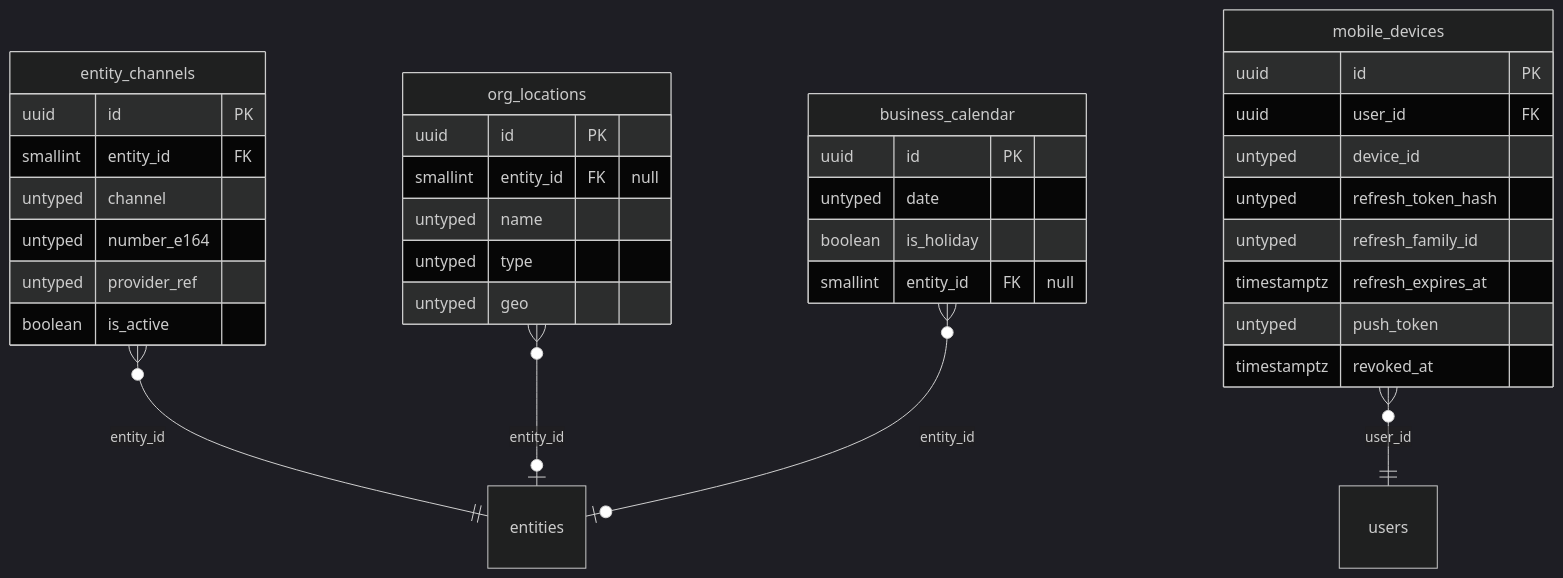
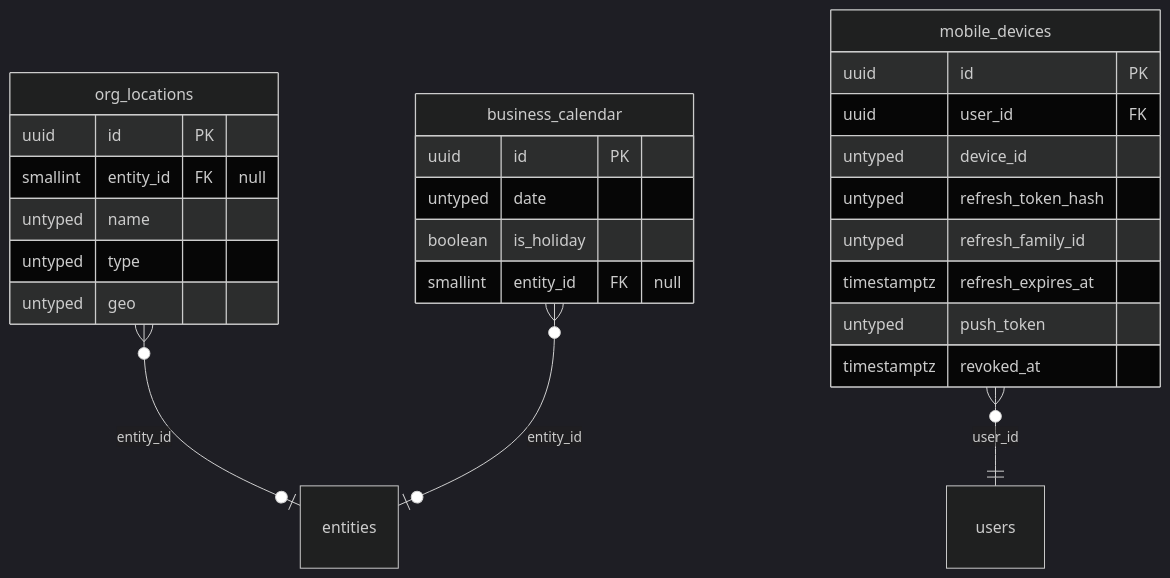
The ninth of 16 diagrams in docs/data/erd.md (techaust/shakti_prime), drawn with Mermaid (dark theme) before and after one commit. The commit also changed other lines of this file and 3 other files, not shown here.

First line of the commit message:
docs(e1): entity_channels in DATABASE, data dictionary and state machine defaults

````diff
--- a/docs/data/erd.md
+++ b/docs/data/erd.md
@@ -1232,38 +1245,29 @@
 ```mermaid
 erDiagram
-  entity_channels {
-    uuid id PK
-    smallint entity_id FK
-    untyped channel
-    untyped number_e164
-    untyped provider_ref
-    boolean is_active
-  }
   org_locations {
     uuid id PK
     smallint entity_id FK "null"
     untyped name
     untyped type
     untyped geo
   }
   mobile_devices {
     uuid id PK
     uuid user_id FK
     untyped device_id
     untyped refresh_token_hash
     untyped refresh_family_id
     timestamptz refresh_expires_at
     untyped push_token
     timestamptz revoked_at
   }
   business_calendar {
     uuid id PK
     untyped date
     boolean is_holiday
     smallint entity_id FK "null"
   }
-  entity_channels }o--|| entities : "entity_id"
   org_locations }o--o| entities : "entity_id"
   mobile_devices }o--|| users : "user_id"
   business_calendar }o--o| entities : "entity_id"
 ```
````
